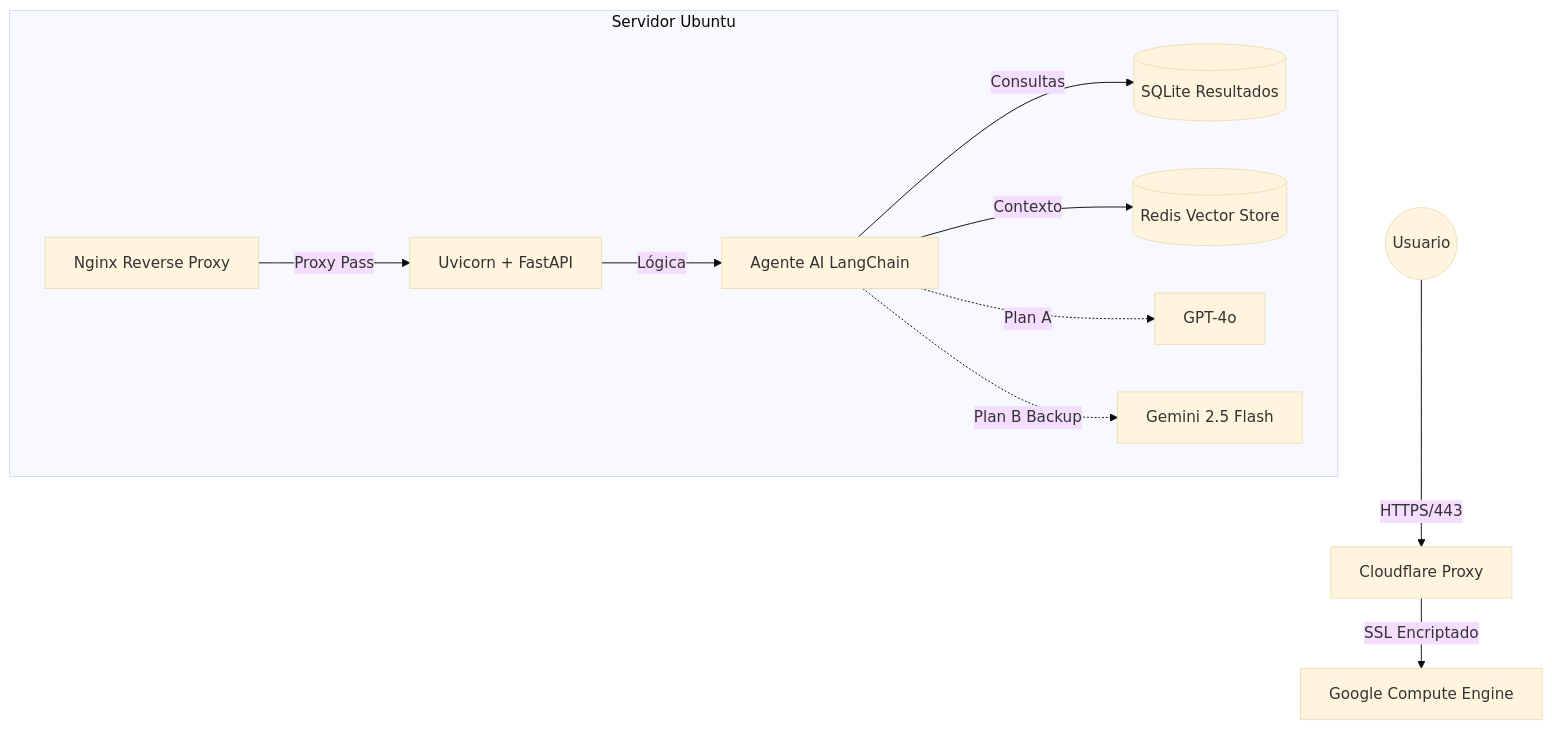
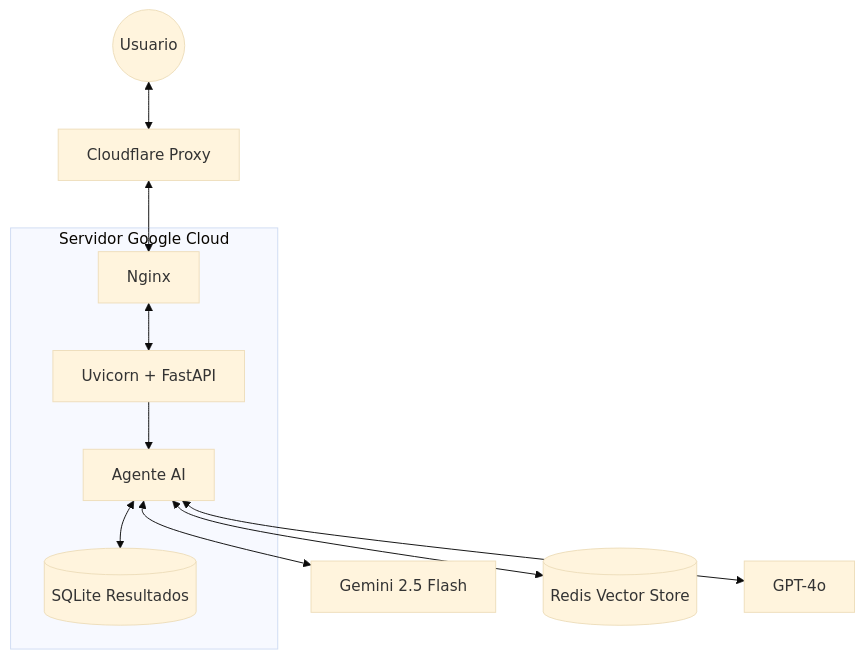
Before and after one commit to Seba516/agente-futbol-chileno: the diagram in README.md, drawn with Mermaid (base theme).

Commit message:
Readme Cambiar grafico

````diff
--- a/README.md
+++ b/README.md
@@ -18,16 +18,17 @@
 ```mermaid
 graph TD
-    User((Usuario)) --> |HTTPS/443| CF[Cloudflare Proxy]
-    CF --> |SSL Encriptado| GCE[Google Compute Engine]
-    
-    subgraph GCE_Server [Servidor Ubuntu]
-        Nginx[Nginx Reverse Proxy] --> |Proxy Pass| Uvi[Uvicorn + FastAPI]
-        Uvi --> |Lógica| Agente[Agente AI LangChain]
-        
-        Agente --> |Consultas| SQL[(SQLite Resultados)]
-        Agente --> |Contexto| Redis[(Redis Vector Store)]
-        
-        Agente -.-> |Plan A| OpenAI[GPT-4o]
-        Agente -.-> |Plan B Backup| Gemini[Gemini 2.5 Flash]
-    end
+subgraph GCE_Server["Servidor Google Cloud"]
+        Uvi["Uvicorn + FastAPI"]
+        Nginx["Nginx"]
+        Agente["Agente AI"]
+        SQL[("SQLite Resultados")]
+  end
+    User(("Usuario")) <--> CF["Cloudflare Proxy"]
+    Nginx <--> Uvi
+    Uvi --> Agente
+    Agente <--> SQL & n2["Gemini 2.5 Flash"] & n3[("Redis Vector Store")] & n1["GPT-4o"]
+    CF <--> Nginx
+
+    n2@{ shape: rect}
+    n1@{ shape: rect}
 ```
````
